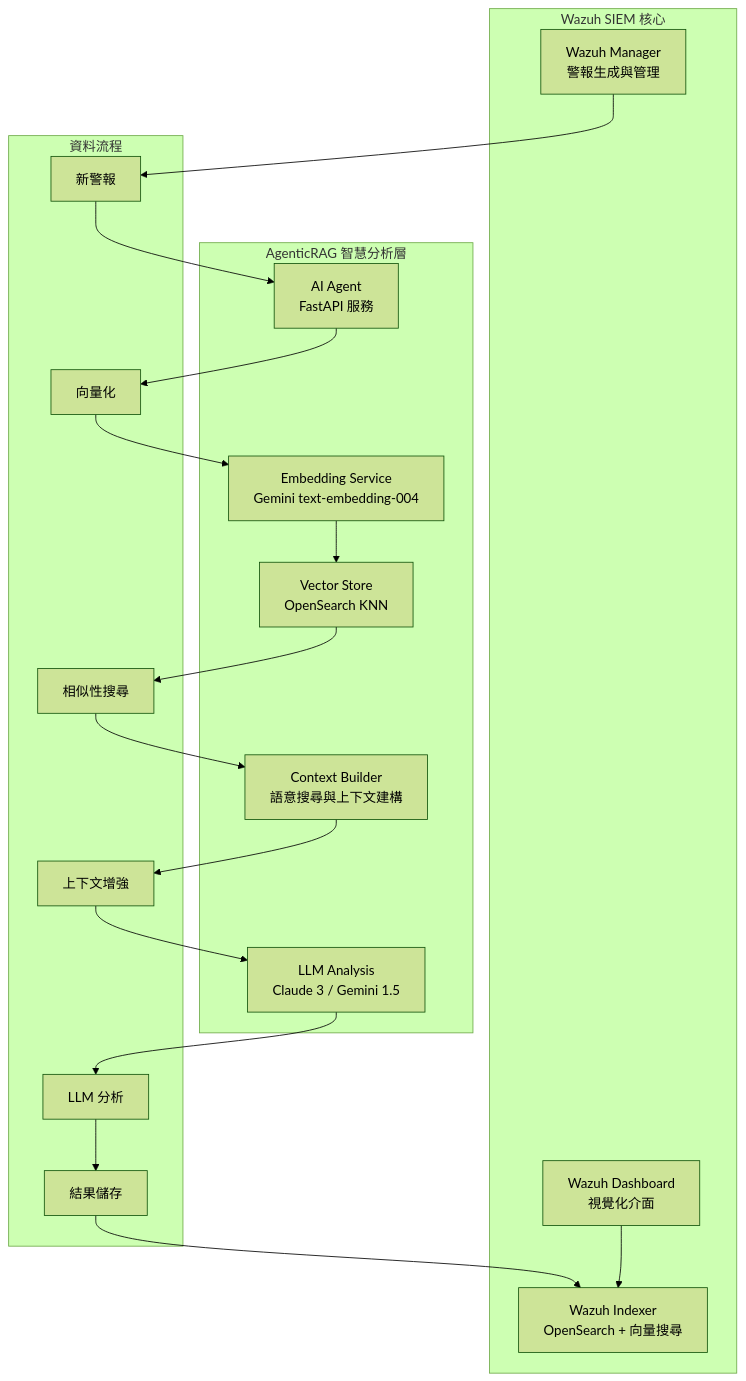
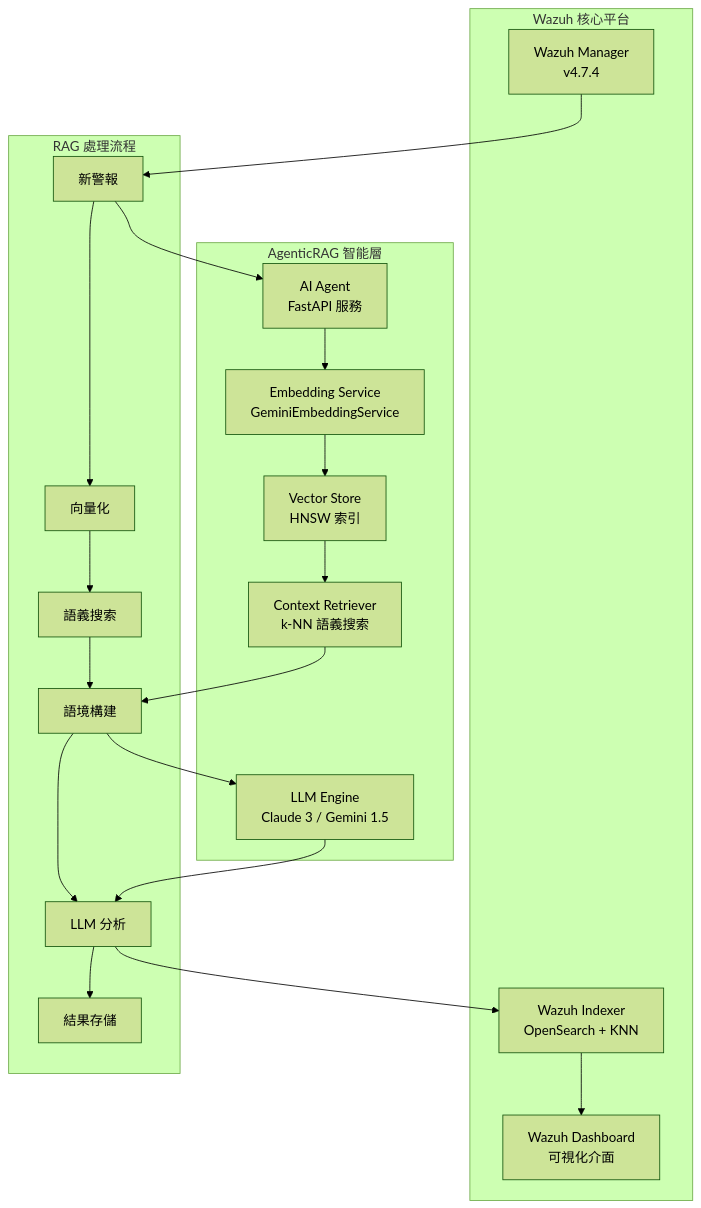
The diagram in README.md (trionnemesis/wazuh_ai_agent), drawn with Mermaid (forest theme) before and after one commit. The commit also changed other lines of this file, not shown here.

Commit message:
Update README with comprehensive system architecture and deployment guide

````diff
--- a/README.md
+++ b/README.md
@@ -13,39 +18,35 @@
 ```mermaid
 flowchart TD
-    subgraph "Wazuh SIEM 核心"
-        A[Wazuh Manager<br/>警報生成與管理]
-        B[Wazuh Indexer<br/>OpenSearch + 向量搜尋]
-        C[Wazuh Dashboard<br/>視覺化介面]
+    subgraph "Wazuh 核心平台"
+        WM[Wazuh Manager<br/>v4.7.4]
+        WI[Wazuh Indexer<br/>OpenSearch + KNN]  
+        WD[Wazuh Dashboard<br/>可視化介面]
     end
     
-    subgraph "AgenticRAG 智慧分析層"
-        D[AI Agent<br/>FastAPI 服務]
-        E[Embedding Service<br/>Gemini text-embedding-004]
-        F[Vector Store<br/>OpenSearch KNN]
-        G[LLM Analysis<br/>Claude 3 / Gemini 1.5]
-        H[Context Builder<br/>語意搜尋與上下文建構]
+    subgraph "AgenticRAG 智能層"
+        AA[AI Agent<br/>FastAPI 服務]
+        ES[Embedding Service<br/>GeminiEmbeddingService]
+        VS[Vector Store<br/>HNSW 索引]
+        LLM[LLM Engine<br/>Claude 3 / Gemini 1.5]
+        CR[Context Retriever<br/>k-NN 語義搜索]
     end
     
-    subgraph "資料流程"
-        I[新警報]
-        J[向量化]
-        K[相似性搜尋]
-        L[上下文增強]
-        M[LLM 分析]
-        N[結果儲存]
+    subgraph "RAG 處理流程"
+        NA[新警報] --> VE[向量化]
+        VE --> SS[語義搜索]
+        SS --> CB[語境構建]
+        CB --> LA[LLM 分析]
+        LA --> US[結果存儲]
     end
     
-    A --> I
-    I --> D
-    D --> J
-    J --> E
-    E --> F
-    F --> K
-    K --> H
-    H --> L
-    L --> G
-    G --> M
-    M --> N
-    N --> B
-    C --> B
+    WM --> NA
+    NA --> AA
+    AA --> ES
+    ES --> VS
+    VS --> CR
+    CR --> CB
+    CB --> LLM
+    LLM --> LA
+    LA --> WI
+    WI --> WD
 ```
````
